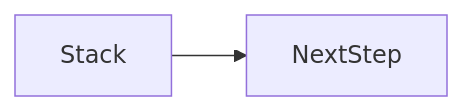
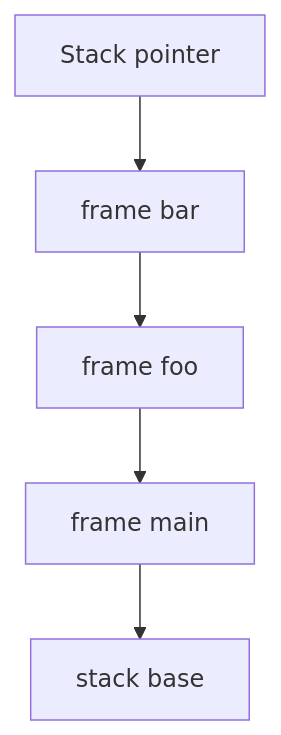
The second of 2 diagrams in docs/en/01-computer-science/stack/index.md (OmidJavaherii/Frontend-Engineering-Handbook), drawn with Mermaid before and after one commit. The commit also changed other lines of this file and 461 other files, not shown here.

````diff
--- a/docs/en/01-computer-science/stack/index.md
+++ b/docs/en/01-computer-science/stack/index.md
@@ -96,4 +149,7 @@
 ```mermaid
-flowchart LR
-  concept[Stack] --> nextStep[NextStep]
+flowchart TD
+  sp[Stack pointer] --> f3[frame bar]
+  f3 --> f2[frame foo]
+  f2 --> f1[frame main]
+  f1 --> base[stack base]
 ```
````
